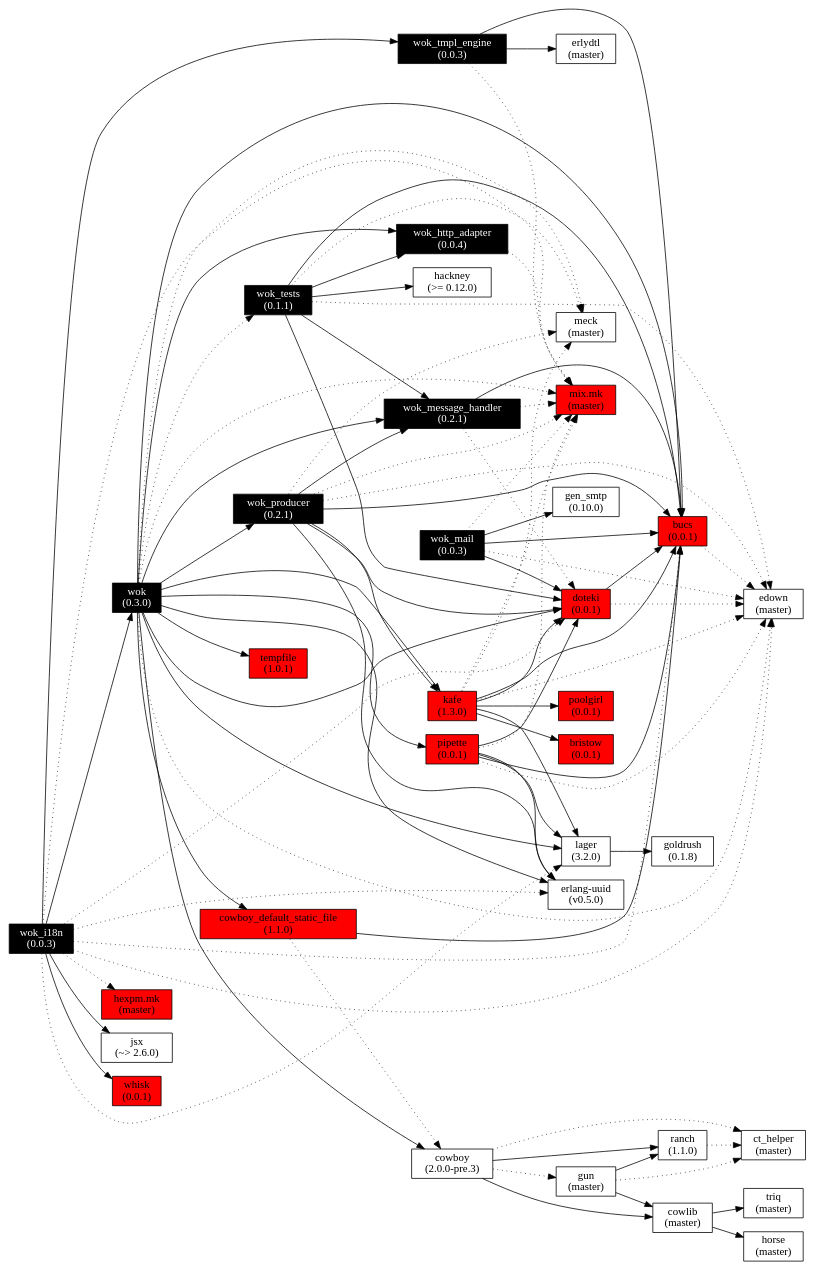
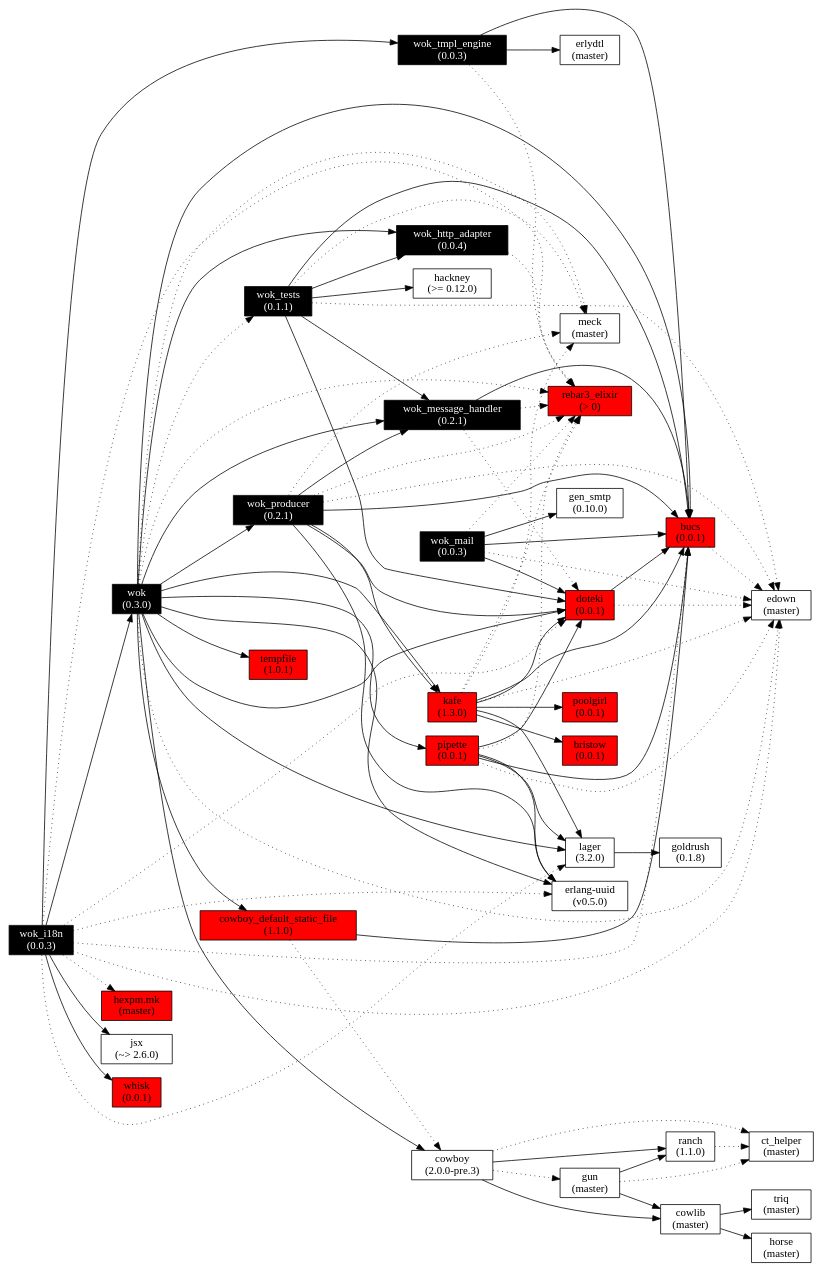
Before and after one commit to botsunit/wok: the diagram in images/wok.deps.gv, drawn with Graphviz. The commit also changed 19 other files, not shown here.

```diff
--- a/images/wok.deps.gv
+++ b/images/wok.deps.gv
@@ -1,146 +1,146 @@
 digraph wok_deps {
   node[shape=box];
   graph[
     overlap=false,
     splines=spline;
     rankdir=LR;
   ]
 
   wok[label="wok\n(0.3.0)", fontcolor="white", style="filled", fillcolor="black"];
   lager[label="lager\n(3.2.0)"];
   wok_http_adapter[label="wok_http_adapter\n(0.0.4)", fontcolor="white", style="filled", fillcolor="black"];
   wok_message_handler[label="wok_message_handler\n(0.2.1)", fontcolor="white", style="filled", fillcolor="black"];
   wok_producer[label="wok_producer\n(0.2.1)", fontcolor="white", style="filled", fillcolor="black"];
   pipette[label="pipette\n(0.0.1)", style="filled", fillcolor="red"];
   kafe[label="kafe\n(1.3.0)", style="filled", fillcolor="red"];
   poolgirl[label="poolgirl\n(0.0.1)", style="filled", fillcolor="red"];
   bristow[label="bristow\n(0.0.1)", style="filled", fillcolor="red"];
   cowboy[label="cowboy\n(2.0.0-pre.3)"];
   cowboy_default_static_file[label="cowboy_default_static_file\n(1.1.0)", style="filled", fillcolor="red"];
   tempfile[label="tempfile\n(1.0.1)", style="filled", fillcolor="red"];
   bucs[label="bucs\n(0.0.1)", style="filled", fillcolor="red"];
   doteki[label="doteki\n(0.0.1)", style="filled", fillcolor="red"];
   uuid[label="erlang-uuid\n(v0.5.0)"];
-  mix_mk[label="mix.mk\n(master)", style="filled", fillcolor="red"];
+  rebar3_elixir[label="rebar3_elixir\n(> 0)", style="filled", fillcolor="red"];
   edown[label="edown\n(master)"];
   meck[label="meck\n(master)"];
   wok_tests[label="wok_tests\n(0.1.1)", fontcolor="white", style="filled", fillcolor="black"];
   goldrush[label="goldrush\n(0.1.8)"];
   cowlib[label="cowlib\n(master)"];
   ranch[label="ranch\n(1.1.0)"];
   gun[label="gun\n(master)"];
   ct_helper[label="ct_helper\n(master)"];
   hackney[label="hackney\n(>= 0.12.0)"];
   horse[label="horse\n(master)"];
   triq[label="triq\n(master)"];
   wok_mail[label="wok_mail\n(0.0.3)", fontcolor="white", style="filled", fillcolor="black"];
   gen_smtp[label="gen_smtp\n(0.10.0)"];
   wok_i18n[label="wok_i18n\n(0.0.3)", fontcolor="white", style="filled", fillcolor="black"];
   hexpm_mk[label="hexpm.mk\n(master)", style="filled", fillcolor="red"];
   jsx[label="jsx\n(~> 2.6.0)"];
   whisk[label="whisk\n(0.0.1)", style="filled", fillcolor="red"];
   wok_tmpl_engine[label="wok_tmpl_engine\n(0.0.3)", fontcolor="white", style="filled", fillcolor="black"];
   erlydtl[label="erlydtl\n(master)"];
 
   wok -> lager;
   wok -> wok_http_adapter;
   wok -> wok_message_handler;
   wok -> wok_producer;
   wok -> pipette;
   wok -> kafe;
   wok -> cowboy;
   wok -> cowboy_default_static_file;
   wok -> bucs;
   wok -> doteki;
   wok -> uuid;
   wok -> tempfile;
-  wok-> mix_mk[style=dotted];
+  wok-> rebar3_elixir[style=dotted];
   wok-> edown[style=dotted];
   wok-> wok_tests[style=dotted];
   wok-> meck[style=dotted];
 
   lager -> goldrush;
 
-  wok_http_adapter -> mix_mk[style=dotted];
+  wok_http_adapter -> rebar3_elixir[style=dotted];
 
   wok_message_handler -> bucs;
   wok_message_handler -> doteki[style=dotted];
-  wok_message_handler -> mix_mk[style=dotted];
+  wok_message_handler -> rebar3_elixir[style=dotted];
 
   wok_producer -> wok_message_handler;
   wok_producer -> kafe;
   wok_producer -> bucs;
   wok_producer -> doteki;
   wok_producer -> uuid;
   wok_producer -> edown[style=dotted];
   wok_producer -> meck[style=dotted];
-  wok_producer -> mix_mk[style=dotted];
+  wok_producer -> rebar3_elixir[style=dotted];
 
   pipette -> lager;
   pipette -> bucs;
   pipette -> doteki;
   pipette -> uuid;
   pipette -> edown[style=dotted];
-  pipette -> mix_mk[style=dotted];
+  pipette -> rebar3_elixir[style=dotted];
 
   kafe -> lager;
   kafe -> bucs;
   kafe -> doteki;
   kafe -> poolgirl;
   kafe -> bristow;
   kafe -> edown[style=dotted];
   kafe -> meck[style=dotted];
-  kafe -> mix_mk[style=dotted];
+  kafe -> rebar3_elixir[style=dotted];
 
   cowboy -> cowlib;
   cowboy -> ranch;
   cowboy -> ct_helper[style=dotted];
   cowboy -> gun[style=dotted];
 
   cowboy_default_static_file -> bucs;
   cowboy_default_static_file -> cowboy[style=dotted];
 
   bucs -> edown[style=dotted];
 
   doteki -> bucs;
   doteki -> edown[style=dotted];
 
   wok_tests -> bucs;
   wok_tests -> wok_http_adapter;
   wok_tests -> wok_message_handler;
   wok_tests -> doteki;
   wok_tests -> hackney;
   wok_tests -> edown[style=dotted];
   wok_tests -> meck[style=dotted];
 
   cowlib -> horse;
   cowlib -> triq;
 
   ranch -> ct_helper[style=dotted];
 
   gun -> cowlib;
   gun -> ranch;
   gun -> ct_helper[style=dotted];
 
   wok_mail -> bucs;
   wok_mail -> doteki;
   wok_mail -> gen_smtp;
   wok_mail -> edown[style=dotted];
-  wok_mail -> mix_mk[style=dotted];
+  wok_mail -> rebar3_elixir[style=dotted];
 
   wok_i18n -> whisk;
   wok_i18n -> wok_tmpl_engine;
   wok_i18n -> jsx;
-  wok_i18n -> mix_mk[style=dotted];
+  wok_i18n -> rebar3_elixir[style=dotted];
   wok_i18n -> hexpm_mk[style=dotted];
   wok_i18n -> lager[style=dotted];
   wok_i18n -> doteki[style=dotted];
   wok_i18n -> bucs[style=dotted];
   wok_i18n -> uuid[style=dotted];
   wok_i18n -> edown[style=dotted];
   wok_i18n -> wok;
 
   wok_tmpl_engine -> erlydtl;
   wok_tmpl_engine -> bucs;
-  wok_tmpl_engine -> mix_mk[style=dotted];
+  wok_tmpl_engine -> rebar3_elixir[style=dotted];
 }
```
